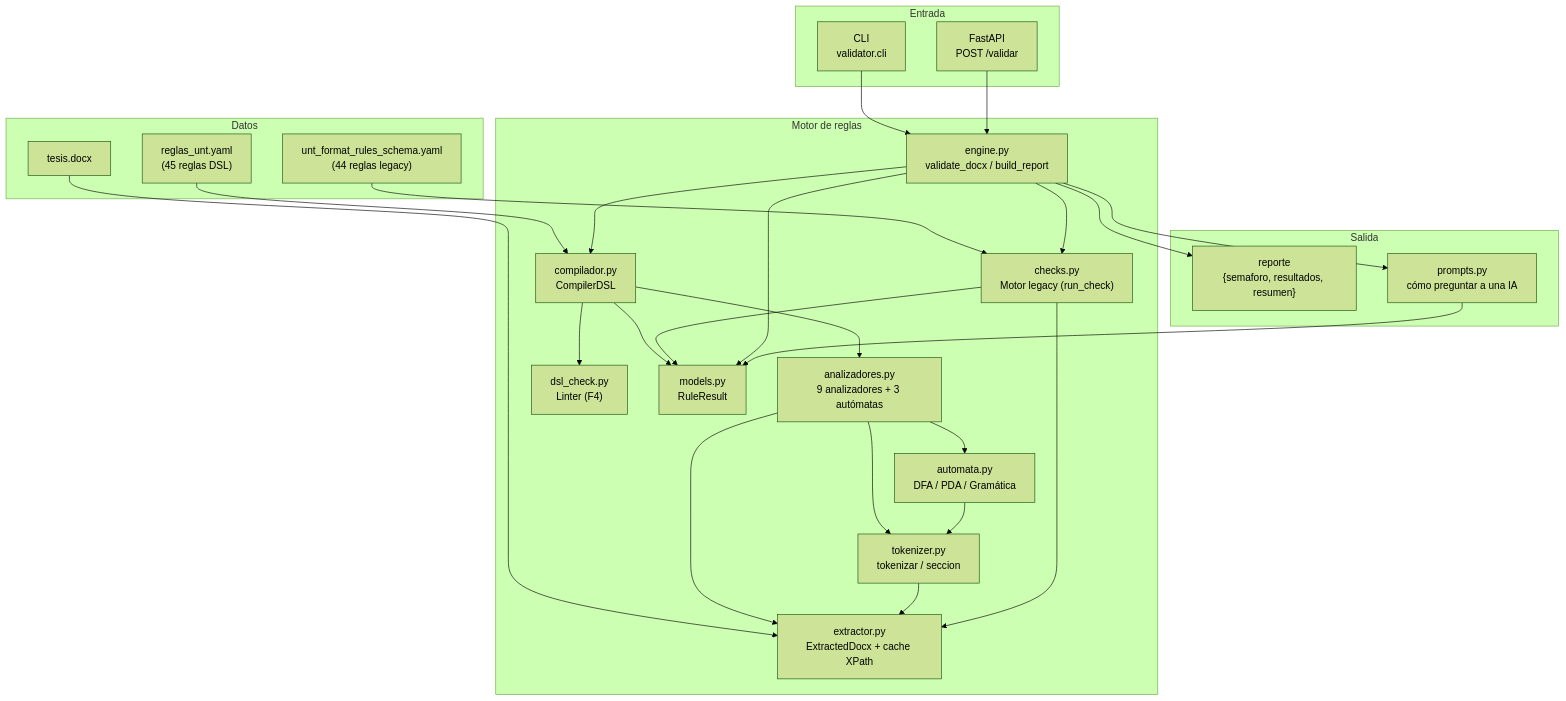
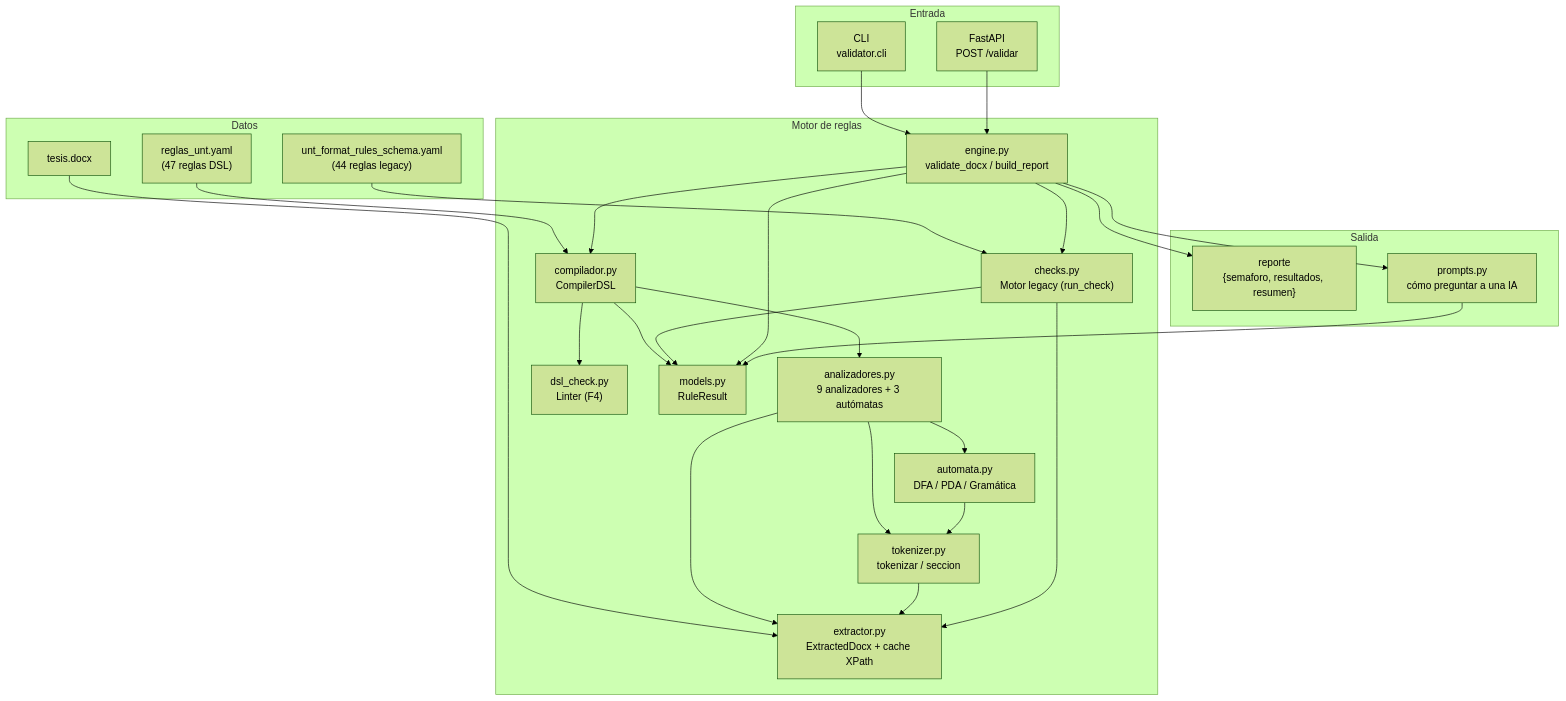
One commit to IvanSanchezSil/vistobueno changed the first of 7 diagrams in docs/diseno/01_arq_motor.md. Above: the diagram before and after it, drawn with Mermaid (forest theme). The commit also changed other lines of this file and 13 other files, not shown here.

````diff
--- a/docs/diseno/01_arq_motor.md
+++ b/docs/diseno/01_arq_motor.md
@@ -29,54 +29,54 @@
 ```mermaid
 flowchart TB
     subgraph ENTRADA["Entrada"]
         CLIENTE["CLI<br/>validator.cli"]
         API["FastAPI<br/>POST /validar"]
     end
 
     subgraph MOTOR["Motor de reglas"]
         ENG["engine.py<br/>validate_docx / build_report"]
         CHK["checks.py<br/>Motor legacy (run_check)"]
         COMP["compilador.py<br/>CompilerDSL"]
         ANAL["analizadores.py<br/>9 analizadores + 3 autómatas"]
         LINT["dsl_check.py<br/>Linter (F4)"]
         AUT["automata.py<br/>DFA / PDA / Gramática"]
         TOK["tokenizer.py<br/>tokenizar / seccion"]
         EXT["extractor.py<br/>ExtractedDocx + cache XPath"]
         MOD["models.py<br/>RuleResult"]
     end
 
     subgraph DATOS["Datos"]
         YAML_LEGACY["unt_format_rules_schema.yaml<br/>(44 reglas legacy)"]
-        YAML_DSL["reglas_unt.yaml<br/>(45 reglas DSL)"]
+        YAML_DSL["reglas_unt.yaml<br/>(47 reglas DSL)"]
         DOCX["tesis.docx"]
     end
 
     subgraph SALIDA["Salida"]
         REP["reporte<br/>{semaforo, resultados, resumen}"]
         PROMPTS["prompts.py<br/>cómo preguntar a una IA"]
     end
 
     CLIENTE --> ENG
     API --> ENG
     DOCX --> EXT
     YAML_LEGACY --> CHK
     YAML_DSL --> COMP
 
     ENG --> CHK
     ENG --> COMP
     COMP --> LINT
     COMP --> ANAL
     ANAL --> AUT
     ANAL --> TOK
     AUT --> TOK
     ANAL --> EXT
     TOK --> EXT
     CHK --> EXT
     COMP --> MOD
     CHK --> MOD
     ENG --> MOD
 
     ENG --> REP
     ENG --> PROMPTS
     PROMPTS --> MOD
 ```
````
